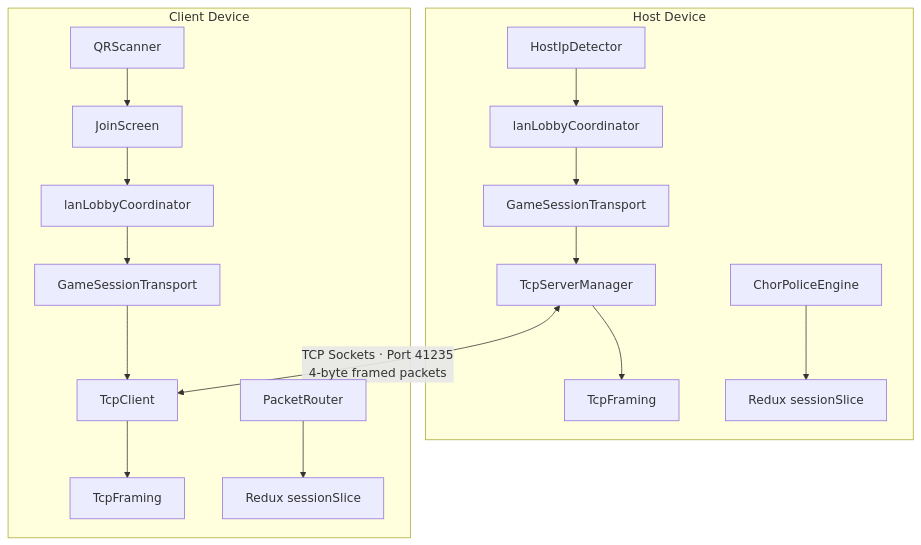
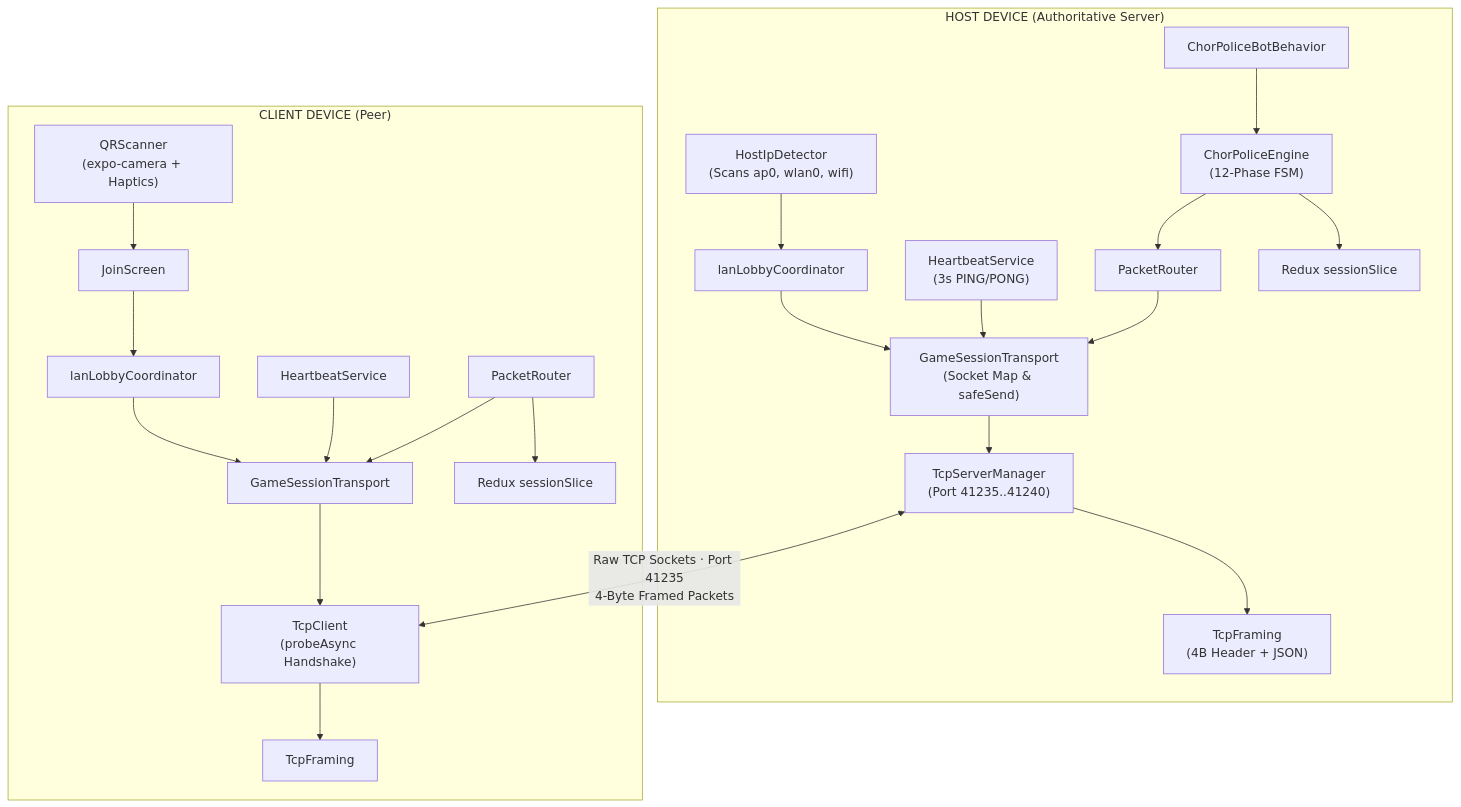
The first of 3 diagrams in README.md (Dheeraj23qw/chorpolice-playstore), drawn with Mermaid before and after one commit. The commit also changed other lines of this file, not shown here.

Commit message:
docs: upgrade README.md with FAANG-level engineering specs, diagrams, and architecture breakdown

````diff
--- a/README.md
+++ b/README.md
@@ -30,21 +74,27 @@
 ```mermaid
 graph TB
-    subgraph Host Device
-        HIP["HostIpDetector"] --> LLC["lanLobbyCoordinator"]
-        LLC --> GST["GameSessionTransport"]
-        GST --> TSM["TcpServerManager"]
-        TSM --> TF["TcpFraming"]
-        PE["ChorPoliceEngine"] --> RDX["Redux sessionSlice"]
+    subgraph Host Device ["HOST DEVICE (Authoritative Server)"]
+        HIP["HostIpDetector\n(Scans ap0, wlan0, wifi)"] --> LLC["lanLobbyCoordinator"]
+        LLC --> GST["GameSessionTransport\n(Socket Map & safeSend)"]
+        GST --> TSM["TcpServerManager\n(Port 41235..41240)"]
+        TSM --> TF["TcpFraming\n(4B Header + JSON)"]
+        HBS["HeartbeatService\n(3s PING/PONG)"] --> GST
+        PE["ChorPoliceEngine\n(12-Phase FSM)"] --> PR["PacketRouter"]
+        PR --> GST
+        PE --> RDX["Redux sessionSlice"]
+        BOT["ChorPoliceBotBehavior"] --> PE
     end
 
-    subgraph Client Device
-        QR["QRScanner"] --> JS["JoinScreen"]
+    subgraph Client Device ["CLIENT DEVICE (Peer)"]
+        QR["QRScanner\n(expo-camera + Haptics)"] --> JS["JoinScreen"]
         JS --> LLC2["lanLobbyCoordinator"]
         LLC2 --> GST2["GameSessionTransport"]
-        GST2 --> TC["TcpClient"]
+        GST2 --> TC["TcpClient\n(probeAsync Handshake)"]
         TC --> TF2["TcpFraming"]
-        PR2["PacketRouter"] --> RDX2["Redux sessionSlice"]
+        HBS2["HeartbeatService"] --> GST2
+        PR2["PacketRouter"] --> GST2
+        PR2 --> RDX2["Redux sessionSlice"]
     end
 
-    TSM <-->|"TCP Sockets · Port 41235\n4-byte framed packets"| TC
+    TSM <-->|"Raw TCP Sockets · Port 41235\n4-Byte Framed Packets"| TC
 ```
````
